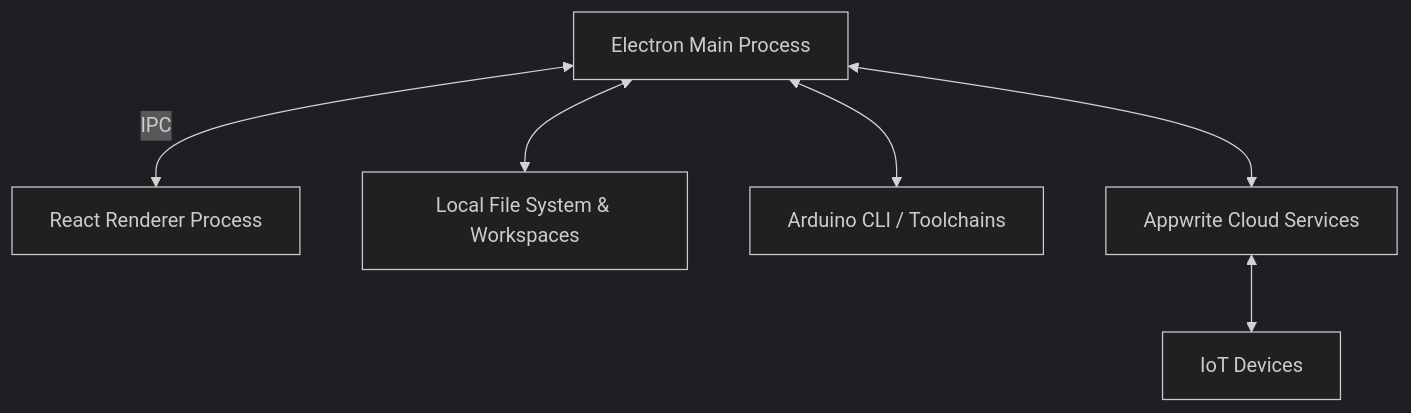
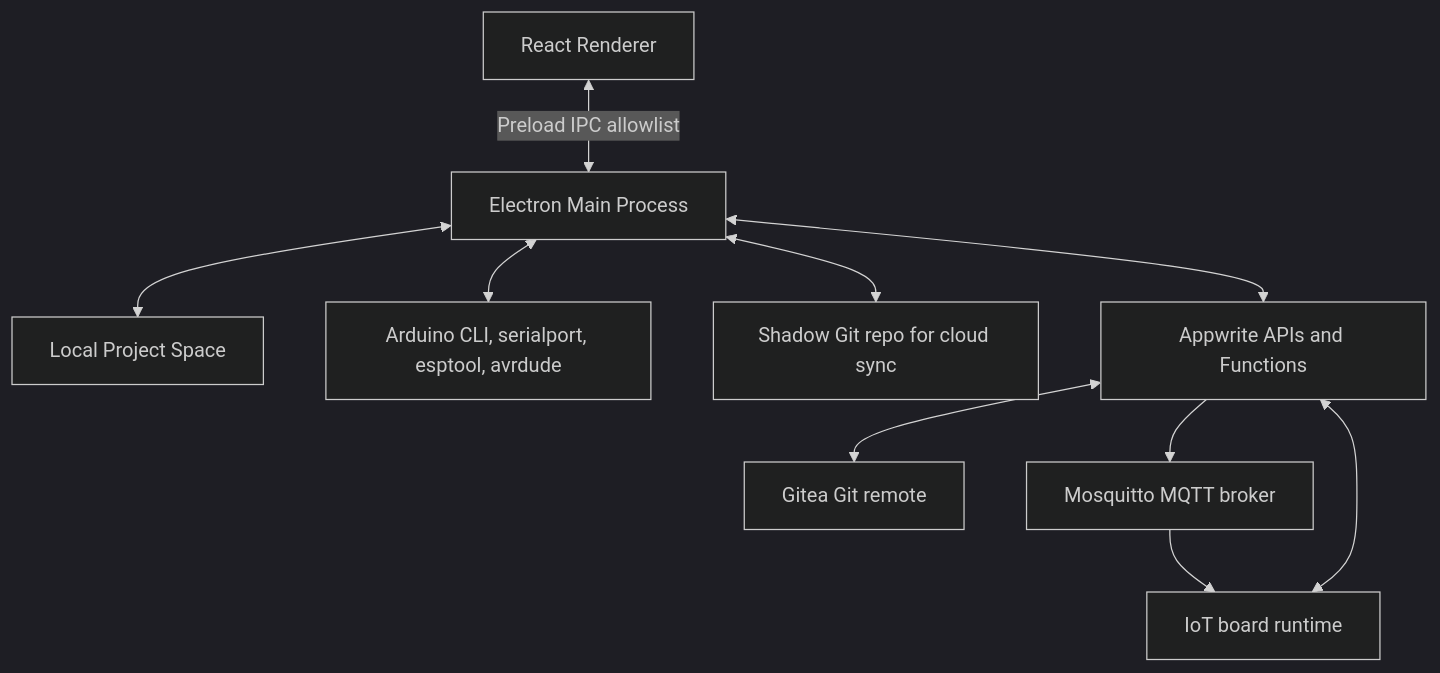
Before and after one commit to rkvishwa/Tantalum-IDE: the diagram in ARCHITECTURE.md, drawn with Mermaid (dark theme). The commit also changed other lines of this file and 190 other files, not shown here.

````diff
--- a/ARCHITECTURE.md
+++ b/ARCHITECTURE.md
@@ -7,8 +7,12 @@
 ```mermaid
 graph TD
-    A[Electron Main Process] <-->|IPC| B[React Renderer Process]
-    A <--> C[Local File System & Workspaces]
-    A <--> D[Arduino CLI / Toolchains]
-    A <--> E[Appwrite Cloud Services]
-    E <--> F[IoT Devices]
+    Renderer[React Renderer] <-->|Preload IPC allowlist| Main[Electron Main Process]
+    Main <--> Workspace[Local Project Space]
+    Main <--> Toolchain[Arduino CLI, serialport, esptool, avrdude]
+    Main <--> ShadowGit[Shadow Git repo for cloud sync]
+    Main <--> Appwrite[Appwrite APIs and Functions]
+    Appwrite <--> Gitea[Gitea Git remote]
+    Appwrite --> Mqtt[Mosquitto MQTT broker]
+    Mqtt --> Device[IoT board runtime]
+    Device <--> Appwrite
 ```
````
